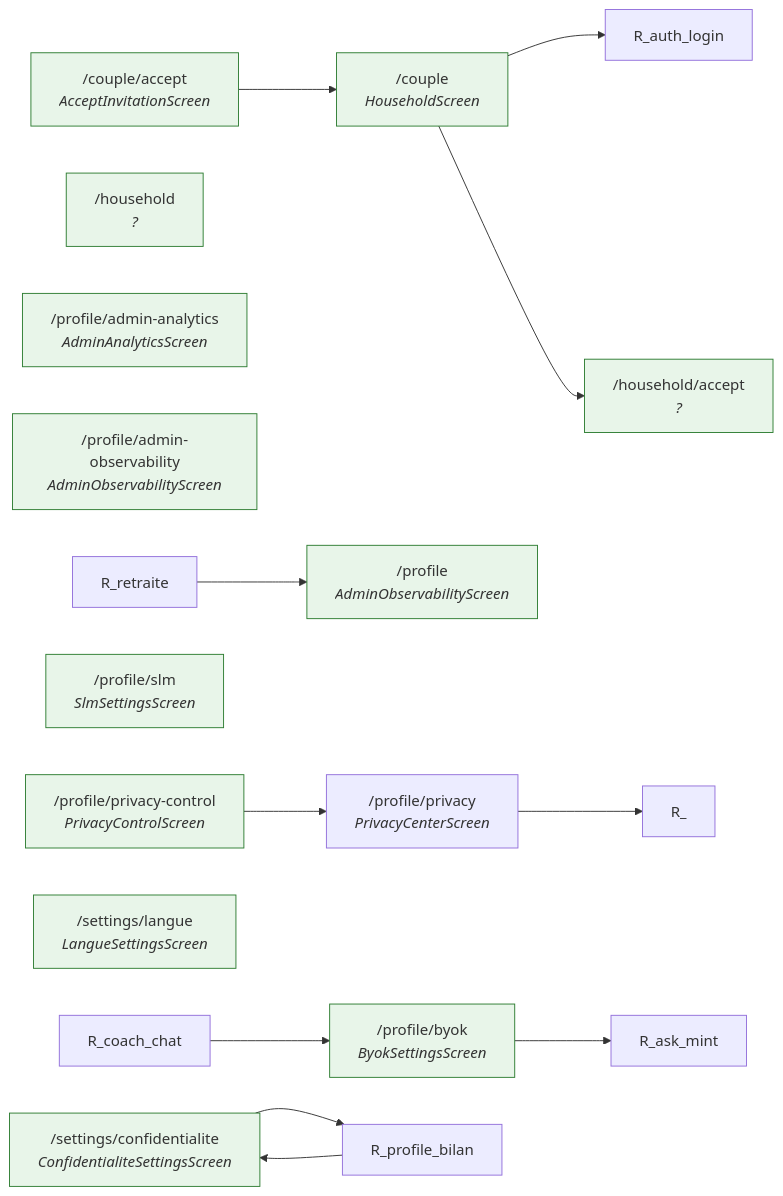
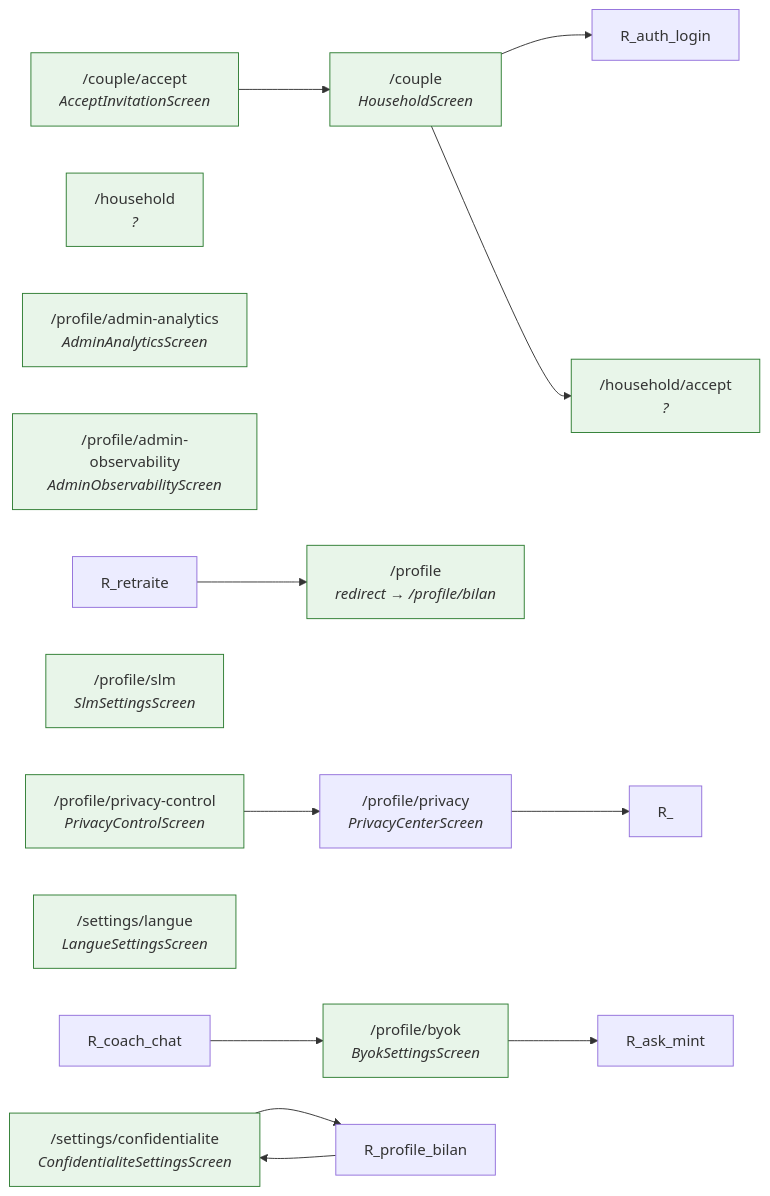
The ninth of 13 diagrams in .planning/audit-etat-des-lieux-2026-07/ROUTE-MAP.md (MINT-IA/MINT), drawn with Mermaid before and after one commit. The commit also changed other lines of this file and 1 other file, not shown here.

Commit message:
docs(map): fix /profile attribution — redirect anchor to /profile/bilan (Codex)
Codex verified everything else independently (158 paths, counts 33/108/17,
5 route samples, 3 facades, 13 mermaid blocks, narrow guard prefix); the
single factual miss was /profile: a redirect-anchor (app.dart:1530-1537,
SizedBox.shrink builder) that my parser attributed to a child's screen.
Checked mechanically: /profile is the ONLY redirect-anchor in app.dart.

````diff
--- a/.planning/audit-etat-des-lieux-2026-07/ROUTE-MAP.md
+++ b/.planning/audit-etat-des-lieux-2026-07/ROUTE-MAP.md
@@ -495,28 +495,28 @@
 ```mermaid
 flowchart LR
   R_couple["/couple<br/><i>HouseholdScreen</i>"]:::reg
   R_couple_accept["/couple/accept<br/><i>AcceptInvitationScreen</i>"]:::reg
   R_household["/household<br/><i>?</i>"]:::reg
   R_household_accept["/household/accept<br/><i>?</i>"]:::reg
-  R_profile["/profile<br/><i>AdminObservabilityScreen</i>"]:::reg
+  R_profile["/profile<br/><i>redirect → /profile/bilan</i>"]:::reg
   R_profile_admin_analytics["/profile/admin-analytics<br/><i>AdminAnalyticsScreen</i>"]:::reg
   R_profile_admin_observability["/profile/admin-observability<br/><i>AdminObservabilityScreen</i>"]:::reg
   R_profile_byok["/profile/byok<br/><i>ByokSettingsScreen</i>"]:::reg
   R_profile_privacy["/profile/privacy<br/><i>PrivacyCenterScreen</i>"]
   R_profile_privacy_control["/profile/privacy-control<br/><i>PrivacyControlScreen</i>"]:::reg
   R_profile_slm["/profile/slm<br/><i>SlmSettingsScreen</i>"]:::reg
   R_settings_confidentialite["/settings/confidentialite<br/><i>ConfidentialiteSettingsScreen</i>"]:::reg
   R_settings_langue["/settings/langue<br/><i>LangueSettingsScreen</i>"]:::reg
   R_couple_accept --> R_couple
   R_profile_byok --> R_ask_mint
   R_coach_chat --> R_profile_byok
   R_settings_confidentialite --> R_profile_bilan
   R_profile_bilan --> R_settings_confidentialite
   R_couple --> R_auth_login
   R_couple --> R_household_accept
   R_profile_privacy --> R_
   R_profile_privacy_control --> R_profile_privacy
   R_retraite --> R_profile
   classDef reg fill:#e8f5e9,stroke:#2e7d32;
   classDef ext fill:#fff3e0,stroke:#ef6c00,stroke-dasharray:3;
 ```
````
